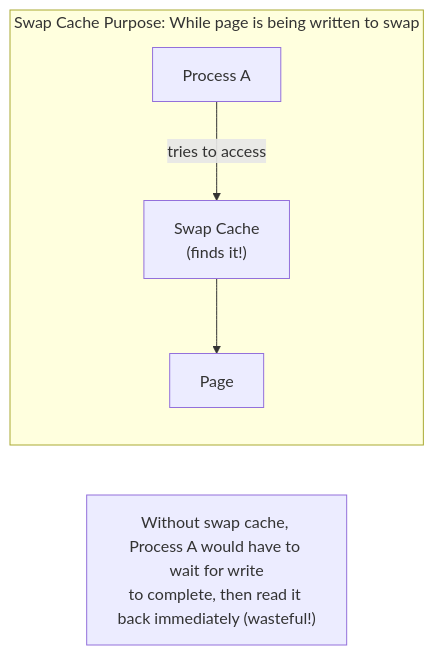
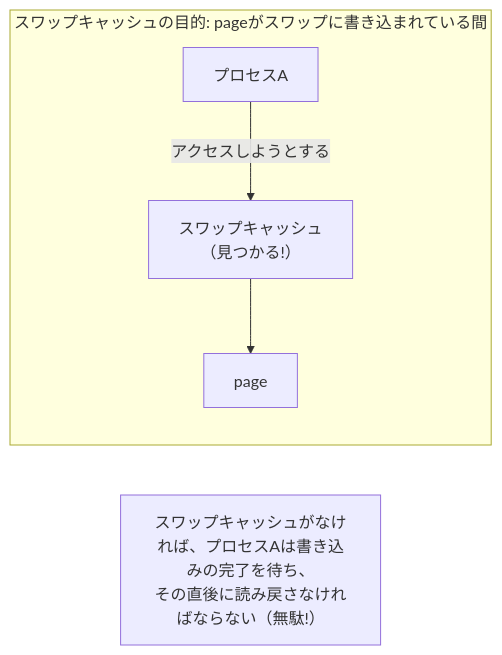
Before and after one commit to doguto/linux-kernel-internals-jp: the tenth of 16 diagrams in docs/mm/swapping.md, drawn with Mermaid. The commit also changed other lines of this file and 27 other files, not shown here.

````diff
--- a/docs/mm/swapping.md
+++ b/docs/mm/swapping.md
@@ -312,13 +312,13 @@
 ```mermaid
 flowchart LR
-    subgraph SwapCachePurpose["Swap Cache Purpose: While page is being written to swap"]
-        ProcessA["Process A"]
-        SwapCache["Swap Cache<br/>(finds it!)"]
-        Page["Page"]
+    subgraph SwapCachePurpose["スワップキャッシュの目的: pageがスワップに書き込まれている間"]
+        ProcessA["プロセスA"]
+        SwapCache["スワップキャッシュ<br/>（見つかる!）"]
+        Page["page"]
 
-        ProcessA -->|tries to access| SwapCache
+        ProcessA -->|アクセスしようとする| SwapCache
         SwapCache --> Page
     end
 
-    Note["Without swap cache, Process A would have to wait for write<br/>to complete, then read it back immediately (wasteful!)"]
+    Note["スワップキャッシュがなければ、プロセスAは書き込みの完了を待ち、<br/>その直後に読み戻さなければならない（無駄!）"]
 ```
````
